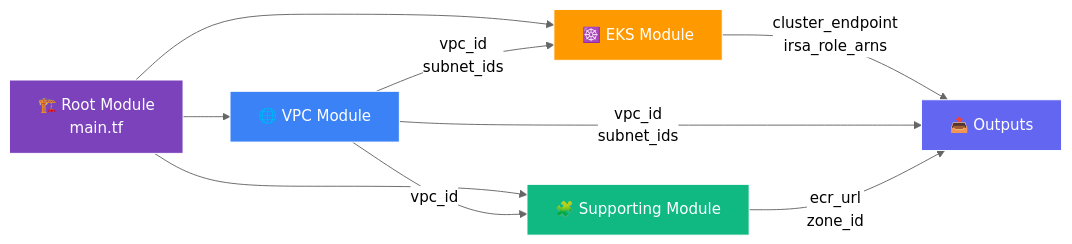
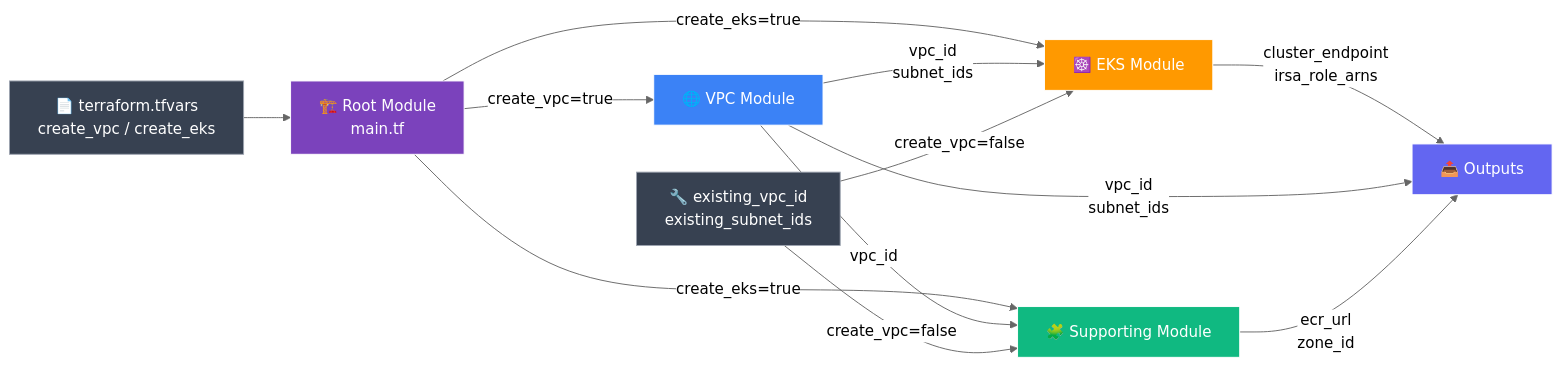
The second of 2 diagrams in README.md (devops-bootstrap/EKS-Infra), drawn with Mermaid (neutral theme) before and after one commit. The commit also changed other lines of this file, not shown here.

````diff
--- a/README.md
+++ b/README.md
@@ -117,19 +120,24 @@
 ```mermaid
 flowchart LR
-    TF["🏗️ Root Module<br/>main.tf"] --> VPC["🌐 VPC Module"]
-    TF --> EKS["☸️ EKS Module"]
-    TF --> SUP["🧩 Supporting Module"]
+    TFVARS["📄 terraform.tfvars<br/>create_vpc / create_eks"] --> TF
+    TF["🏗️ Root Module<br/>main.tf"] -->|create_vpc=true| VPC["🌐 VPC Module"]
+    TF -->|create_eks=true| EKS["☸️ EKS Module"]
+    TF -->|create_eks=true| SUP["🧩 Supporting Module"]
 
     VPC -->|vpc_id<br/>subnet_ids| EKS
     VPC -->|vpc_id| SUP
+    EXISTING["🔧 existing_vpc_id<br/>existing_subnet_ids"] -->|create_vpc=false| EKS
+    EXISTING -->|create_vpc=false| SUP
 
     EKS -->|cluster_endpoint<br/>irsa_role_arns| OUTPUT["📤 Outputs"]
     VPC -->|vpc_id<br/>subnet_ids| OUTPUT
     SUP -->|ecr_url<br/>zone_id| OUTPUT
 
+    style TFVARS fill:#374151,stroke:#9ca3af,color:#fff
     style TF fill:#7B42BC,stroke:#fff,color:#fff
     style VPC fill:#3b82f6,stroke:#fff,color:#fff
     style EKS fill:#FF9900,stroke:#fff,color:#fff
     style SUP fill:#10b981,stroke:#fff,color:#fff
     style OUTPUT fill:#6366f1,stroke:#fff,color:#fff
+    style EXISTING fill:#374151,stroke:#9ca3af,color:#fff
 ```
````
